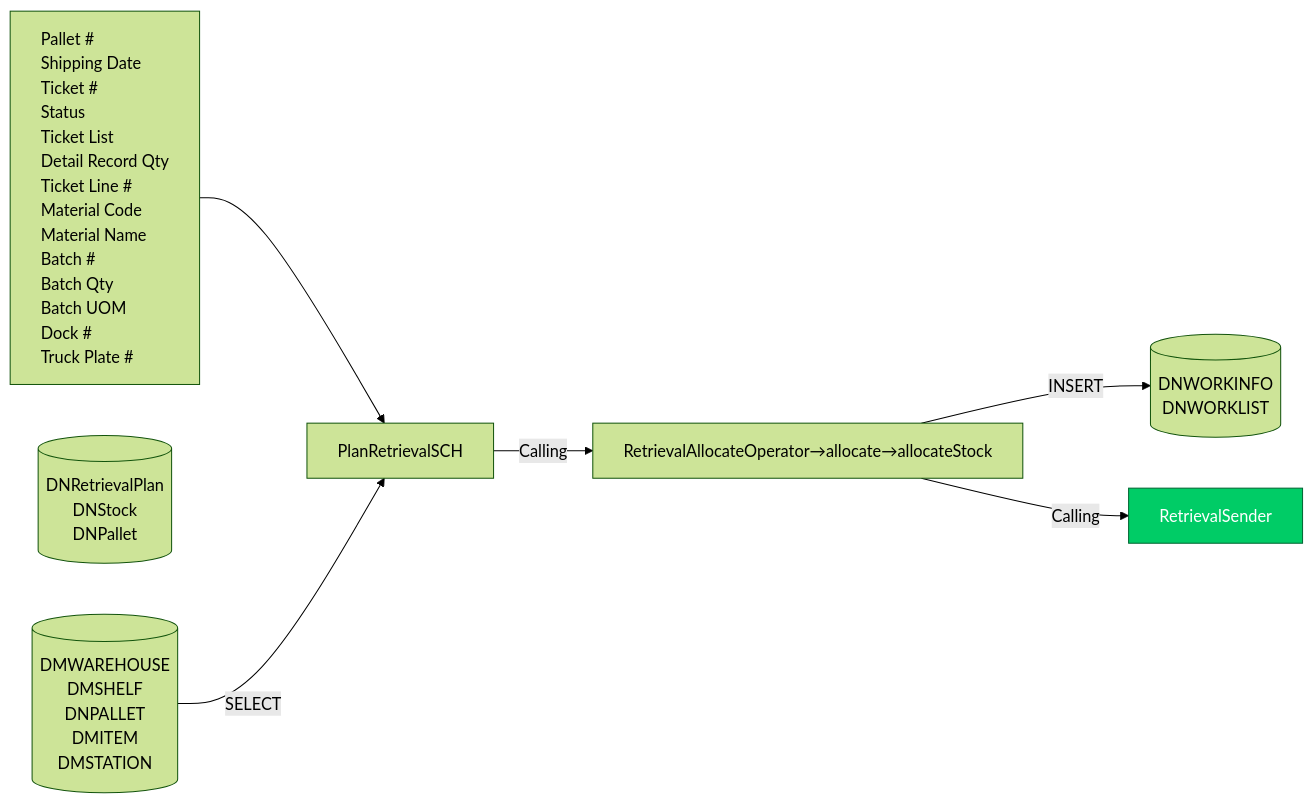
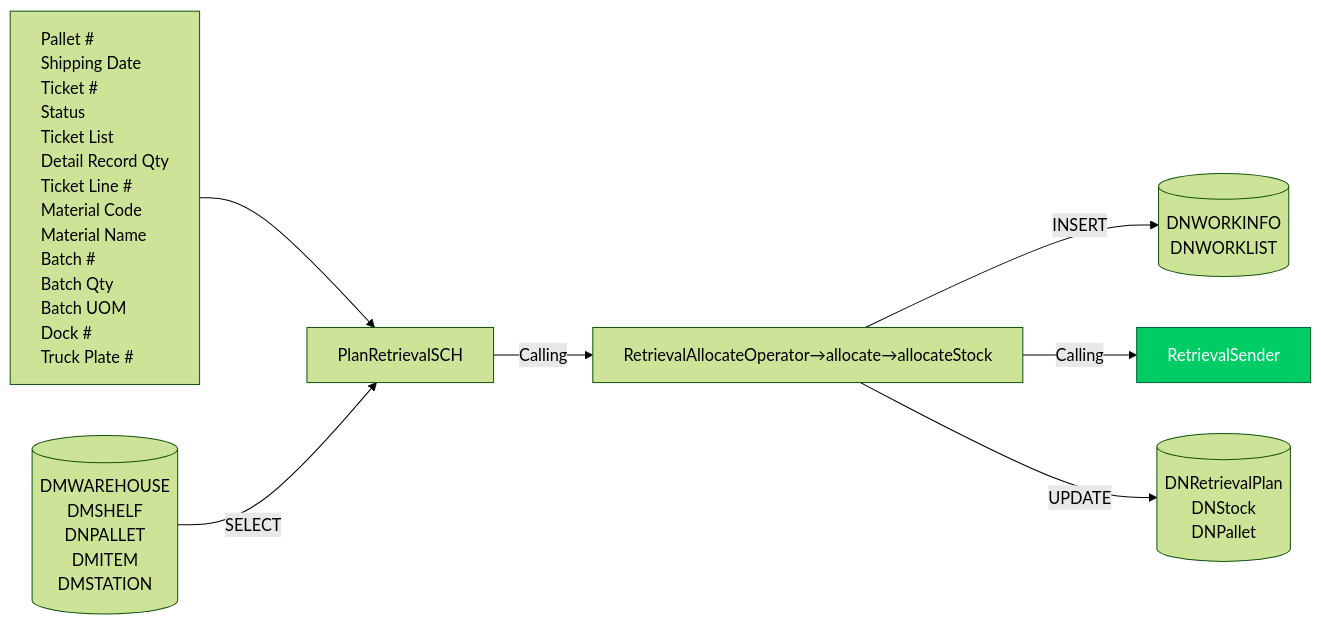
One commit to luthfiadityaa/SimeDarby-Wiki changed the third of 11 diagrams in Basic-Design/DFD-WMS/Retrieval/Planned-Retrieval-to-HP-Area.md. Above: the diagram before and after it, drawn with Mermaid (forest theme).

Commit message:
Updated Planned Retrieval to HP Area

```diff
--- a/Basic-Design/DFD-WMS/Retrieval/Planned-Retrieval-to-HP-Area.md
+++ b/Basic-Design/DFD-WMS/Retrieval/Planned-Retrieval-to-HP-Area.md
@@ -116,50 +116,51 @@
 ::: mermaid
 flowchart LR
     input[
         Pallet #
         Shipping Date
         Ticket #
         Status
         Ticket List
         Detail Record Qty
         Ticket Line #
         Material Code
         Material Name
         Batch #
         Batch Qty
         Batch UOM
         Dock #
         Truck Plate #    
     ]
 
     tableList-insert[("
         DNWORKINFO
         DNWORKLIST
     ")]
 
     tableList-update[("
         DNRetrievalPlan
         DNStock
         DNPallet
     ")]
 
      tableList-select[("
         DMWAREHOUSE
         DMSHELF
         DNPALLET
         DMITEM
         DMSTATION
     ")]
 
     className[PlanRetrievalSCH]
     className--> |Calling| methodName[RetrievalAllocateOperator→allocate→allocateStock] --> |INSERT| tableList-insert
     input --> className
     tableList-select --> |SELECT| className
     methodName--> |Calling| P1[RetrievalSender]
+    methodName--> |UPDATE| tableList-update
 
     click P1 "https://dev.azure.com/Daifuku-SW/ID_SimeDarbyPlantation/_wiki/wikis/ID_SimeDarbyPlantation.wiki/956/Stacked-Empty-Pallet?anchor=retrieval-sender" "Go to Retrieval Retrieval Sender"
     style P1 fill:#00cc66,stroke:#006633,color:#ffffff
 
     classDef leftAlign text-align:left;
     class input leftAlign;
 :::
```
